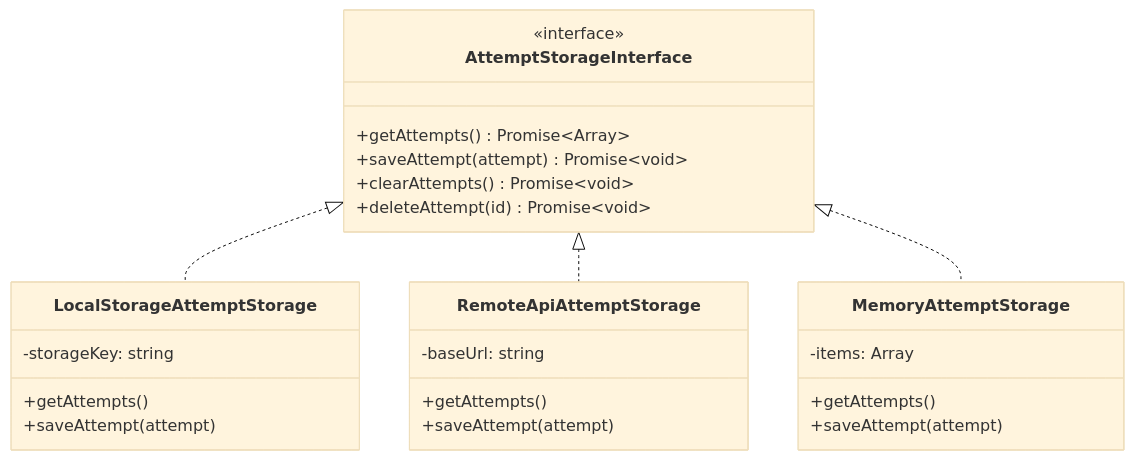
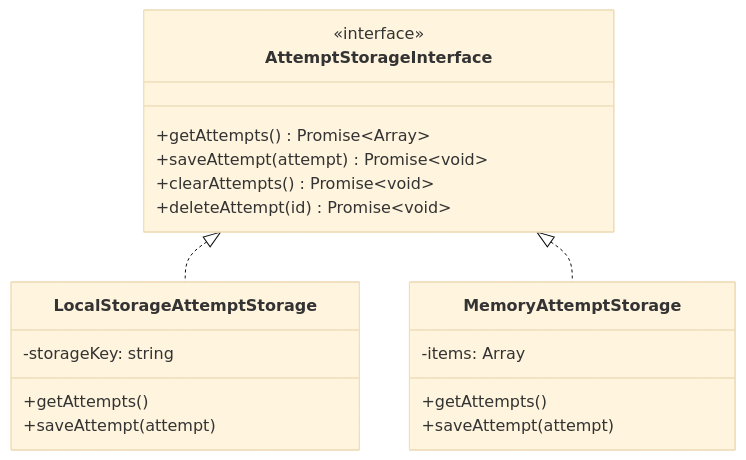
The third of 5 diagrams in ARCHITECTURE.md (soldrag/telcA1), drawn with Mermaid (base theme) before and after one commit. The commit also changed other lines of this file and 26 other files, not shown here.

````diff
--- a/ARCHITECTURE.md
+++ b/ARCHITECTURE.md
@@ -124,29 +124,23 @@
 ```mermaid
 classDiagram
     class AttemptStorageInterface {
         <<interface>>
         +getAttempts() Promise~Array~
         +saveAttempt(attempt) Promise~void~
         +clearAttempts() Promise~void~
         +deleteAttempt(id) Promise~void~
     }
     class LocalStorageAttemptStorage {
         -storageKey: string
         +getAttempts()
         +saveAttempt(attempt)
     }
-    class RemoteApiAttemptStorage {
-        -baseUrl: string
-        +getAttempts()
-        +saveAttempt(attempt)
-    }
     class MemoryAttemptStorage {
         -items: Array
         +getAttempts()
         +saveAttempt(attempt)
     }
     
     AttemptStorageInterface <|.. LocalStorageAttemptStorage
-    AttemptStorageInterface <|.. RemoteApiAttemptStorage
     AttemptStorageInterface <|.. MemoryAttemptStorage
 ```
````
